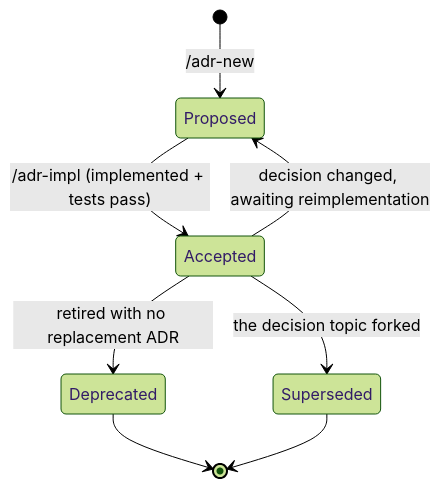
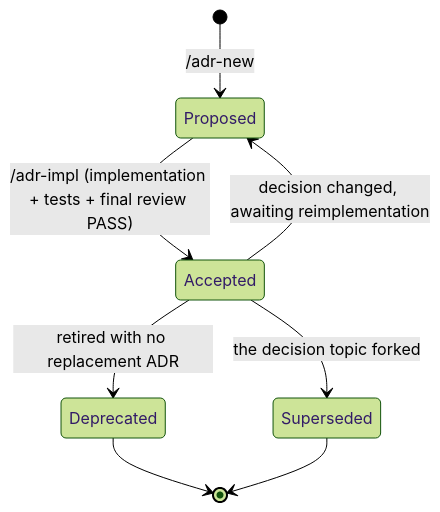
Before and after one commit to haandol/alps-writer-mcp: the third of 3 diagrams in plugins/adr-writer/templates/adr/concepts.md, drawn with Mermaid (forest theme). The commit also changed other lines of this file and 35 other files, not shown here.

````diff
--- a/plugins/adr-writer/templates/adr/concepts.md
+++ b/plugins/adr-writer/templates/adr/concepts.md
@@ -154,10 +154,10 @@
 ```mermaid
 stateDiagram-v2
     [*] --> Proposed: /adr-new
-    Proposed --> Accepted: /adr-impl (implemented + tests pass)
+    Proposed --> Accepted: /adr-impl (implementation + tests + final review PASS)
     Accepted --> Proposed: decision changed, awaiting reimplementation
     Accepted --> Deprecated: retired with no replacement ADR
     Accepted --> Superseded: the decision topic forked
     Deprecated --> [*]
     Superseded --> [*]
 ```
````
